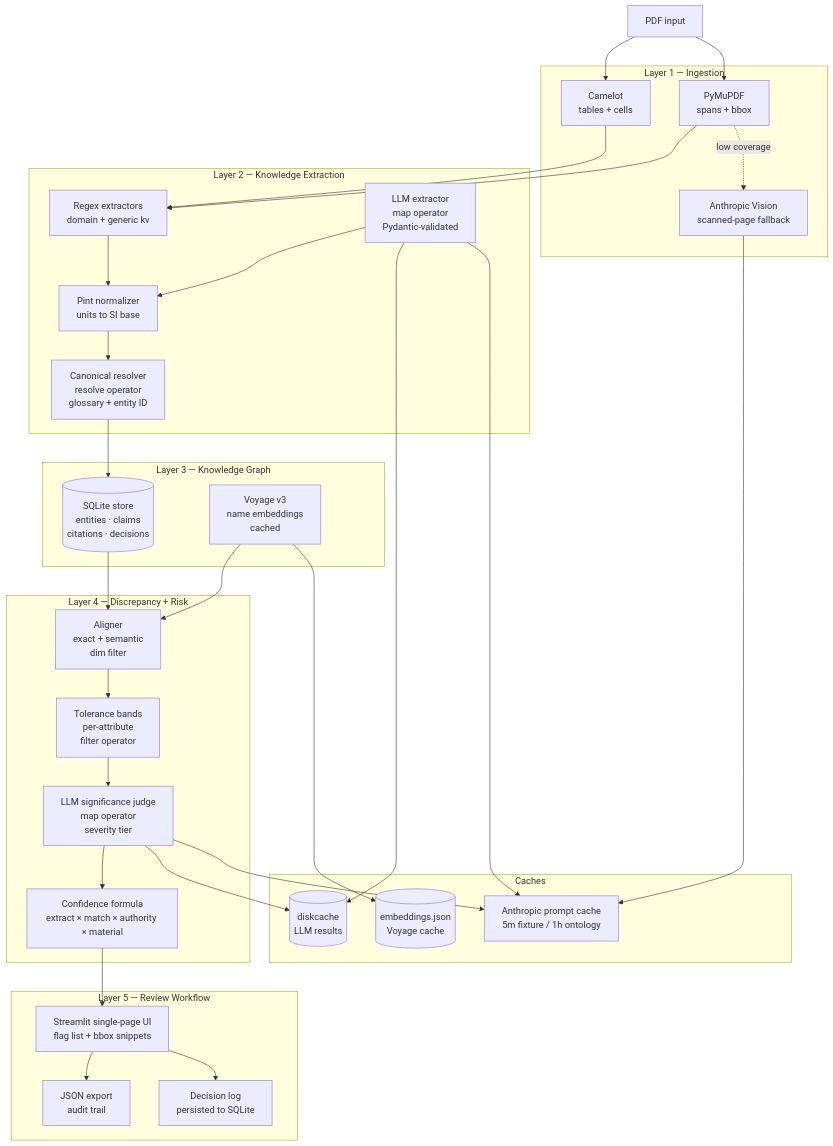
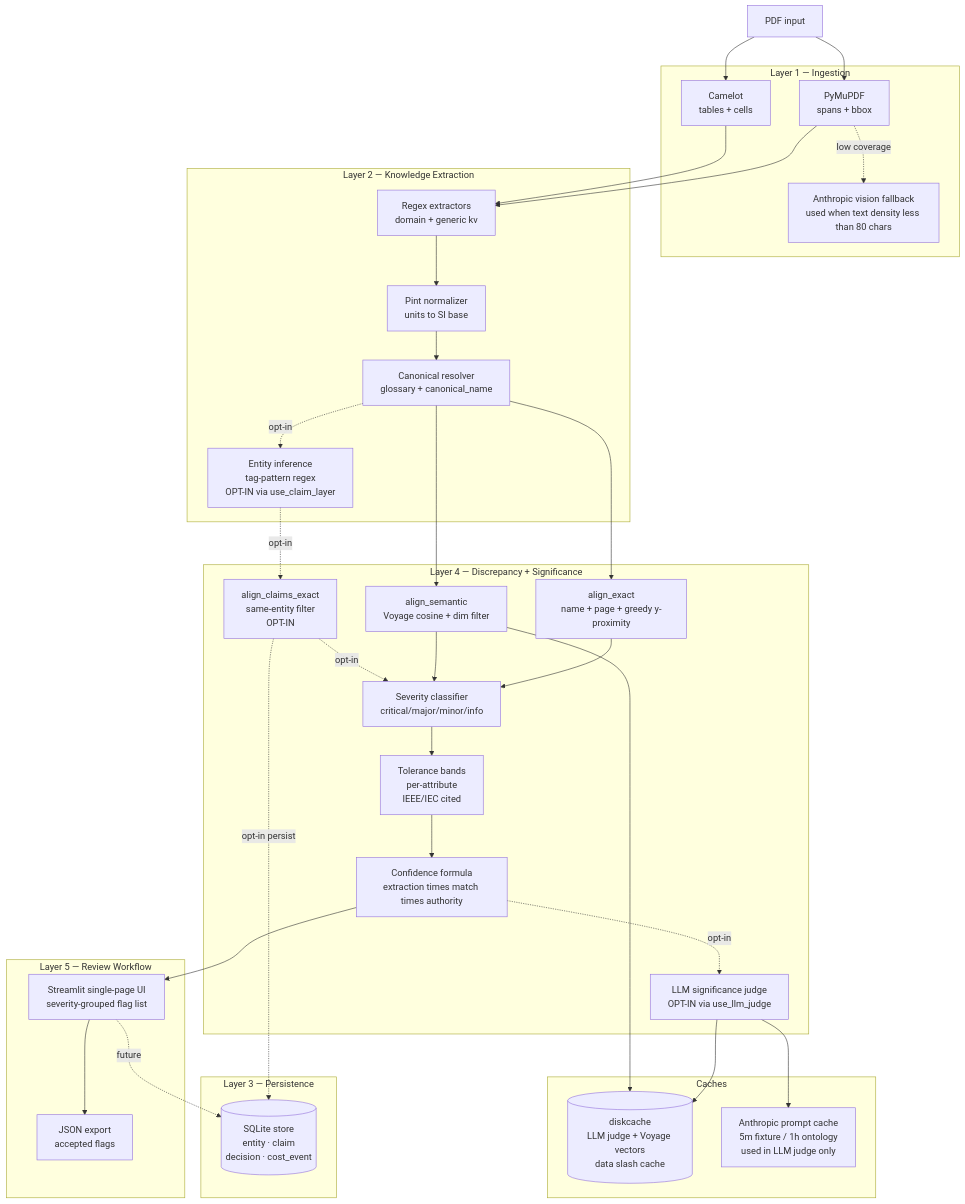
The first of 5 diagrams in docs/ARCHITECTURE.md (funcpointer/interlock-ai), drawn with Mermaid before and after one commit. The commit also changed other lines of this file and 5 other files, not shown here.

````diff
--- a/docs/ARCHITECTURE.md
+++ b/docs/ARCHITECTURE.md
@@ -7,63 +11,64 @@
 ```mermaid
 graph TB
     subgraph L1[Layer 1 — Ingestion]
         PyMuPDF[PyMuPDF<br/>spans + bbox]
         Camelot[Camelot<br/>tables + cells]
-        Vision[Anthropic Vision<br/>scanned-page fallback]
+        Vision[Anthropic vision fallback<br/>used when text density less than 80 chars]
     end
 
     subgraph L2[Layer 2 — Knowledge Extraction]
         Regex[Regex extractors<br/>domain + generic kv]
-        LLMExtract[LLM extractor<br/>map operator<br/>Pydantic-validated]
         Pint[Pint normalizer<br/>units to SI base]
-        Resolver[Canonical resolver<br/>resolve operator<br/>glossary + entity ID]
+        Resolver[Canonical resolver<br/>glossary + canonical_name]
+        Entities[Entity inference<br/>tag-pattern regex<br/>OPT-IN via use_claim_layer]
     end
 
-    subgraph L3[Layer 3 — Knowledge Graph]
-        SQLite[(SQLite store<br/>entities · claims<br/>citations · decisions)]
-        Voyage[Voyage v3<br/>name embeddings<br/>cached]
+    subgraph L3[Layer 3 — Persistence]
+        SQLite[(SQLite store<br/>entity · claim<br/>decision · cost_event)]
     end
 
-    subgraph L4[Layer 4 — Discrepancy + Risk]
-        Align[Aligner<br/>exact + semantic<br/>dim filter]
-        Tolerance[Tolerance bands<br/>per-attribute<br/>filter operator]
-        LLMSig[LLM significance judge<br/>map operator<br/>severity tier]
-        Confidence[Confidence formula<br/>extract × match × authority × material]
+    subgraph L4[Layer 4 — Discrepancy + Significance]
+        AlignExact[align_exact<br/>name + page + greedy y-proximity]
+        AlignSem[align_semantic<br/>Voyage cosine + dim filter]
+        AlignClaims[align_claims_exact<br/>same-entity filter<br/>OPT-IN]
+        Tolerance[Tolerance bands<br/>per-attribute<br/>IEEE/IEC cited]
+        Severity[Severity classifier<br/>critical/major/minor/info]
+        LLMSig[LLM significance judge<br/>OPT-IN via use_llm_judge]
+        Confidence[Confidence formula<br/>extraction times match times authority]
     end
 
     subgraph L5[Layer 5 — Review Workflow]
-        UI[Streamlit single-page UI<br/>flag list + bbox snippets]
-        Export[JSON export<br/>audit trail]
-        DecisionLog[Decision log<br/>persisted to SQLite]
+        UI[Streamlit single-page UI<br/>severity-grouped flag list]
+        Export[JSON export<br/>accepted flags]
     end
 
     subgraph Caches
-        DiskCache[(diskcache<br/>LLM results)]
-        EmbedCache[(embeddings.json<br/>Voyage cache)]
-        AnthropicCache[Anthropic prompt cache<br/>5m fixture / 1h ontology]
+        DiskCache[(diskcache<br/>LLM judge + Voyage vectors<br/>data slash cache)]
+        AnthropicCache[Anthropic prompt cache<br/>5m fixture / 1h ontology<br/>used in LLM judge only]
     end
 
-    PDF[PDF input] --> PyMuPDF
-    PDF --> Camelot
+    PDFa[PDF input] --> PyMuPDF
+    PDFa --> Camelot
     PyMuPDF -.low coverage.-> Vision
-    Vision --> AnthropicCache
-    LLMExtract --> AnthropicCache
-    LLMSig --> AnthropicCache
-    LLMExtract --> DiskCache
-    LLMSig --> DiskCache
     PyMuPDF --> Regex
     Camelot --> Regex
     Regex --> Pint
-    LLMExtract --> Pint
     Pint --> Resolver
-    Resolver --> SQLite
-    Voyage --> EmbedCache
-    SQLite --> Align
-    Align --> Tolerance
-    Tolerance --> LLMSig
-    LLMSig --> Confidence
+    Resolver --> AlignExact
+    Resolver -.opt-in.-> Entities
+    Entities -.opt-in.-> AlignClaims
+    AlignClaims -.opt-in persist.-> SQLite
+    Resolver --> AlignSem
+    AlignExact --> Severity
+    AlignSem --> Severity
+    AlignClaims -.opt-in.-> Severity
+    Severity --> Tolerance
+    Tolerance --> Confidence
+    Confidence -.opt-in.-> LLMSig
+    LLMSig --> AnthropicCache
+    LLMSig --> DiskCache
+    AlignSem --> DiskCache
     Confidence --> UI
-    UI --> DecisionLog
     UI --> Export
-    Voyage --> Align
+    UI -.future.-> SQLite
 ```
````
